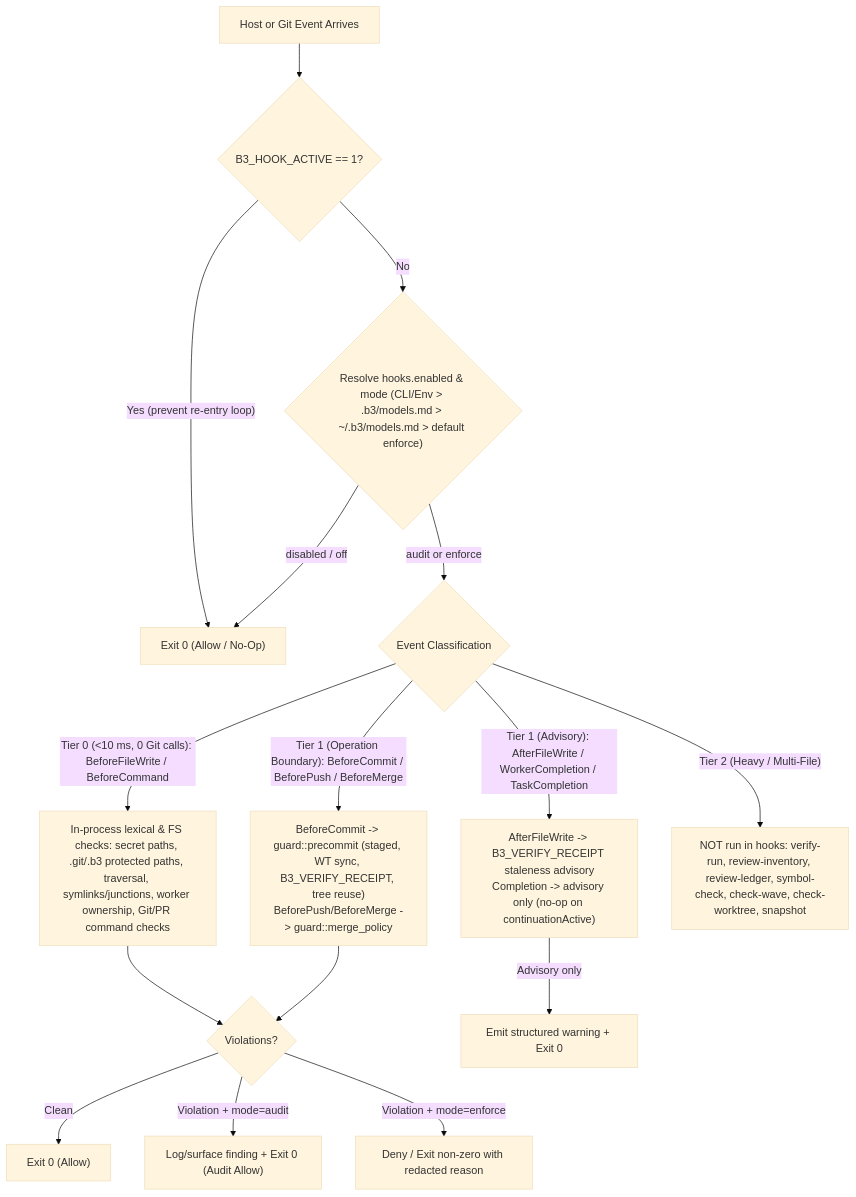
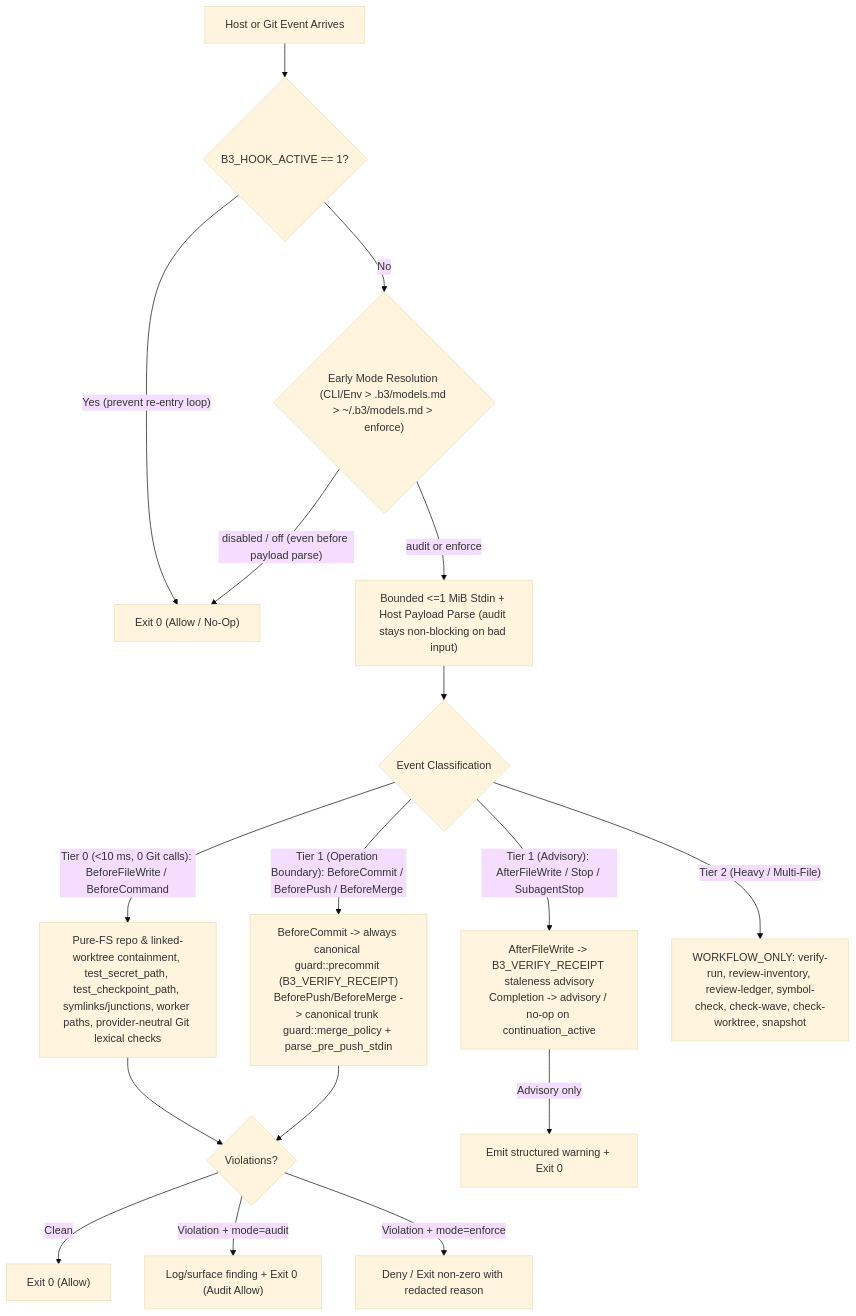
One commit to hptbee/b3_ai-engineering changed the second of 2 diagrams in docs/hooks.md. Above: the diagram before and after it, drawn with Mermaid (base theme). The commit also changed other lines of this file and 16 other files, not shown here.

Commit message:
fix(hook,guard,docs): harden, simplify, and verify native event hooks (F01-F07)

````diff
--- a/docs/hooks.md
+++ b/docs/hooks.md
@@ -51,22 +51,23 @@
 ```mermaid
 flowchart TD
     Ev["Host or Git Event Arrives"] --> Rec{"B3_HOOK_ACTIVE == 1?"}
     Rec -->|"Yes (prevent re-entry loop)"| AllowFast["Exit 0 (Allow / No-Op)"]
-    Rec -->|"No"| Mode{"Resolve hooks.enabled & mode (CLI/Env > .b3/models.md > ~/.b3/models.md > default enforce)"}
+    Rec -->|"No"| Mode{"Early Mode Resolution (CLI/Env > .b3/models.md > ~/.b3/models.md > enforce)"}
 
-    Mode -->|"disabled / off"| AllowFast
-    Mode -->|"audit or enforce"| Tier{"Event Classification"}
+    Mode -->|"disabled / off (even before payload parse)"| AllowFast
+    Mode -->|"audit or enforce"| Parse["Bounded <=1 MiB Stdin + Host Payload Parse (audit stays non-blocking on bad input)"]
+    Parse --> Tier{"Event Classification"}
 
-    Tier -->|"Tier 0 (<10 ms, 0 Git calls): BeforeFileWrite / BeforeCommand"| T0["In-process lexical & FS checks: secret paths, .git/.b3 protected paths, traversal, symlinks/junctions, worker ownership, Git/PR command checks"]
-    Tier -->|"Tier 1 (Operation Boundary): BeforeCommit / BeforePush / BeforeMerge"| T1B["BeforeCommit -> guard::precommit (staged, WT sync, B3_VERIFY_RECEIPT, tree reuse)\nBeforePush/BeforeMerge -> guard::merge_policy"]
-    Tier -->|"Tier 1 (Advisory): AfterFileWrite / WorkerCompletion / TaskCompletion"| T1A["AfterFileWrite -> B3_VERIFY_RECEIPT staleness advisory\nCompletion -> advisory only (no-op on continuationActive)"]
-    Tier -->|"Tier 2 (Heavy / Multi-File)"| T2["NOT run in hooks: verify-run, review-inventory, review-ledger, symbol-check, check-wave, check-worktree, snapshot"]
+    Tier -->|"Tier 0 (<10 ms, 0 Git calls): BeforeFileWrite / BeforeCommand"| T0["Pure-FS repo & linked-worktree containment, test_secret_path, test_checkpoint_path, symlinks/junctions, worker paths, provider-neutral Git lexical checks"]
+    Tier -->|"Tier 1 (Operation Boundary): BeforeCommit / BeforePush / BeforeMerge"| T1B["BeforeCommit -> always canonical guard::precommit (B3_VERIFY_RECEIPT)\nBeforePush/BeforeMerge -> canonical trunk guard::merge_policy + parse_pre_push_stdin"]
+    Tier -->|"Tier 1 (Advisory): AfterFileWrite / Stop / SubagentStop"| T1A["AfterFileWrite -> B3_VERIFY_RECEIPT staleness advisory\nCompletion -> advisory / no-op on continuation_active"]
+    Tier -->|"Tier 2 (Heavy / Multi-File)"| T2["WORKFLOW_ONLY: verify-run, review-inventory, review-ledger, symbol-check, check-wave, check-worktree, snapshot"]
 
     T0 --> Verdict{"Violations?"}
     T1B --> Verdict
     T1A -->|"Advisory only"| EmitAdv["Emit structured warning + Exit 0"]
 
     Verdict -->|"Clean"| AllowClean["Exit 0 (Allow)"]
     Verdict -->|"Violation + mode=audit"| EmitAudit["Log/surface finding + Exit 0 (Audit Allow)"]
     Verdict -->|"Violation + mode=enforce"| BlockOp["Deny / Exit non-zero with redacted reason"]
 ```
````
